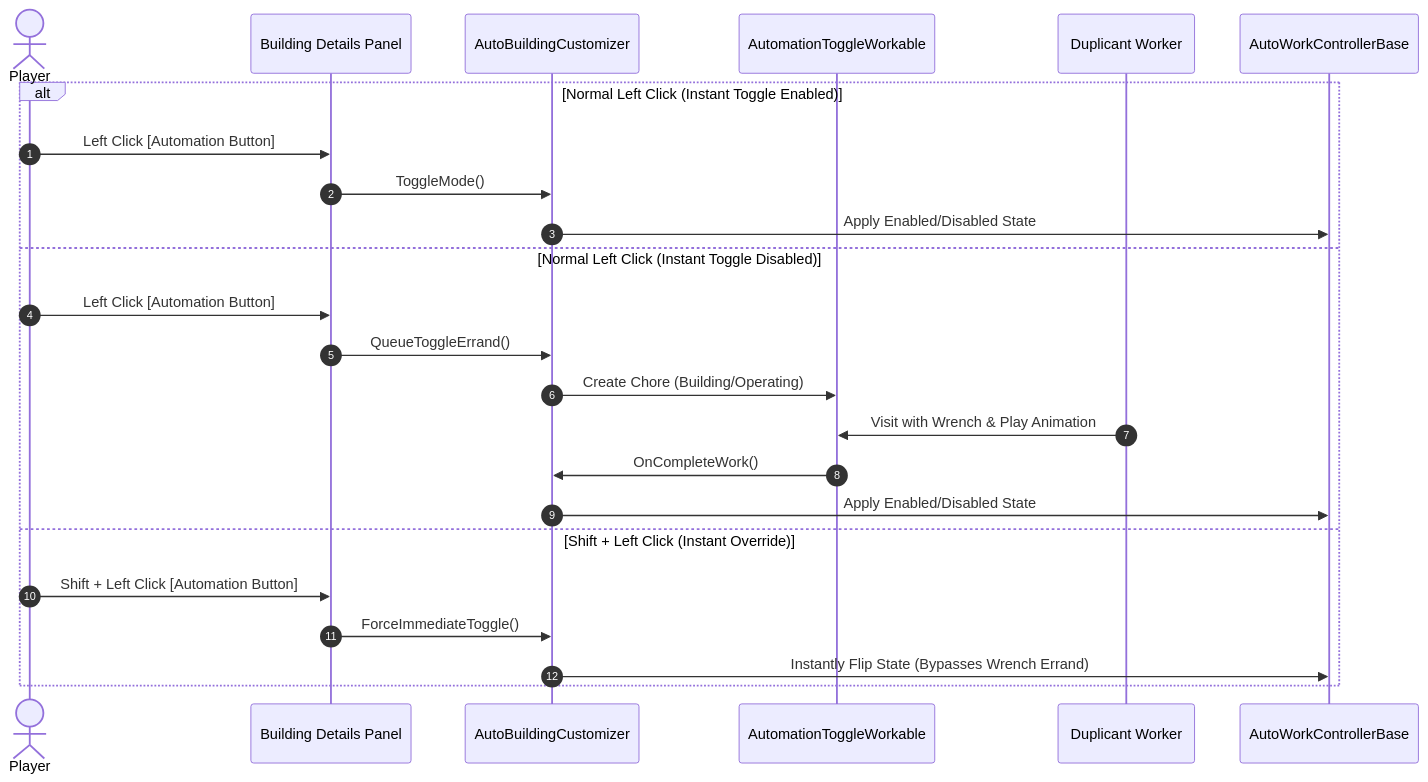
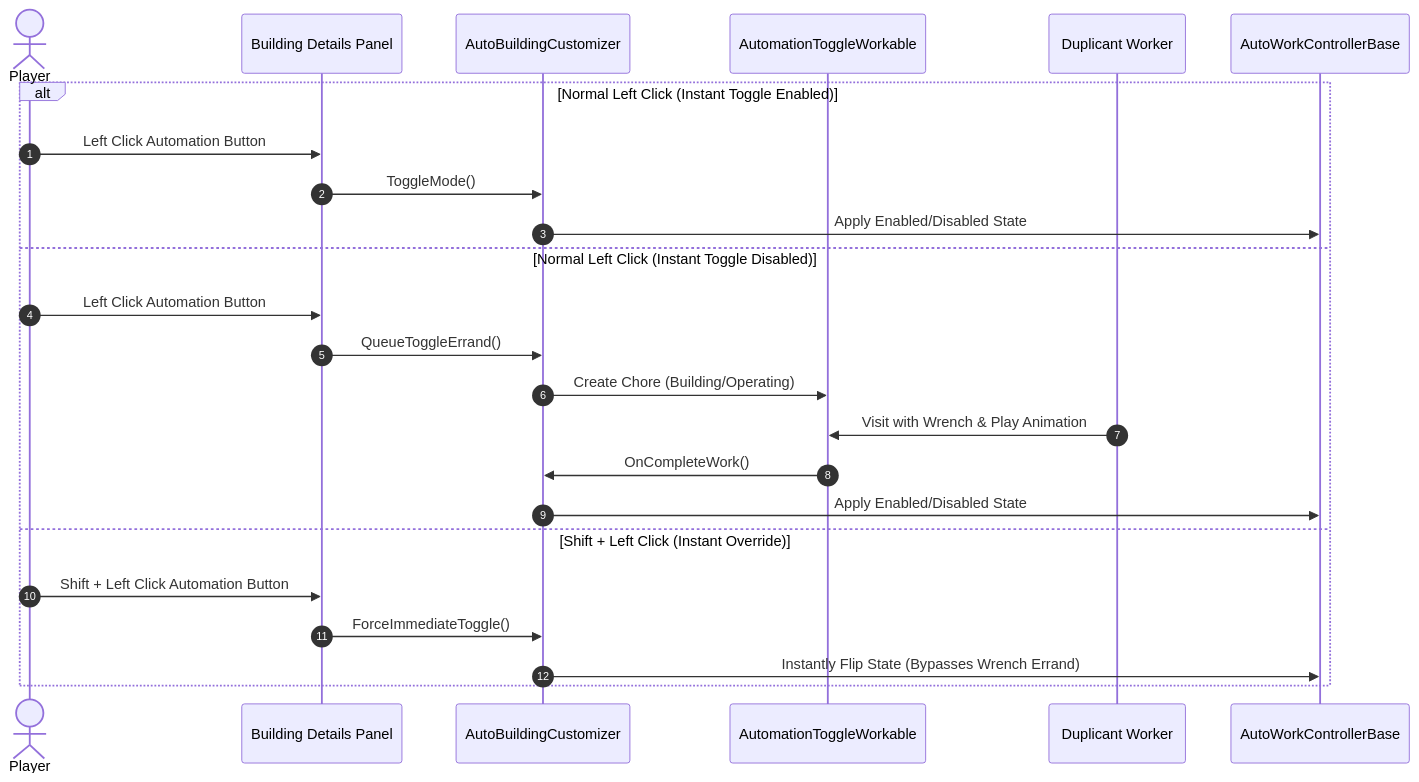
One commit to Eurekalo/Automatic_Industry changed the third of 6 diagrams in wiki/Architecture-and-Design.md. Above: the diagram before and after it, drawn with Mermaid. The commit also changed other lines of this file and 5 other files, not shown here.

Commit message:
docs(wiki): fix Mermaid diagram syntax and quoting for GitHub renderer

````diff
--- a/wiki/Architecture-and-Design.md
+++ b/wiki/Architecture-and-Design.md
@@ -100,27 +93,27 @@
 ```mermaid
 sequenceDiagram
     autonumber
     actor Player
     participant UI as Building Details Panel
     participant ABC as AutoBuildingCustomizer
     participant Workable as AutomationToggleWorkable
     participant Dupe as Duplicant Worker
     participant Controller as AutoWorkControllerBase
 
     alt Normal Left Click (Instant Toggle Enabled)
-        Player->>UI: Left Click [Automation Button]
+        Player->>UI: Left Click Automation Button
         UI->>ABC: ToggleMode()
         ABC->>Controller: Apply Enabled/Disabled State
     else Normal Left Click (Instant Toggle Disabled)
-        Player->>UI: Left Click [Automation Button]
+        Player->>UI: Left Click Automation Button
         UI->>ABC: QueueToggleErrand()
         ABC->>Workable: Create Chore (Building/Operating)
         Dupe->>Workable: Visit with Wrench & Play Animation
         Workable->>ABC: OnCompleteWork()
         ABC->>Controller: Apply Enabled/Disabled State
     else Shift + Left Click (Instant Override)
-        Player->>UI: Shift + Left Click [Automation Button]
+        Player->>UI: Shift + Left Click Automation Button
         UI->>ABC: ForceImmediateToggle()
         ABC->>Controller: Instantly Flip State (Bypasses Wrench Errand)
     end
 ```
````
